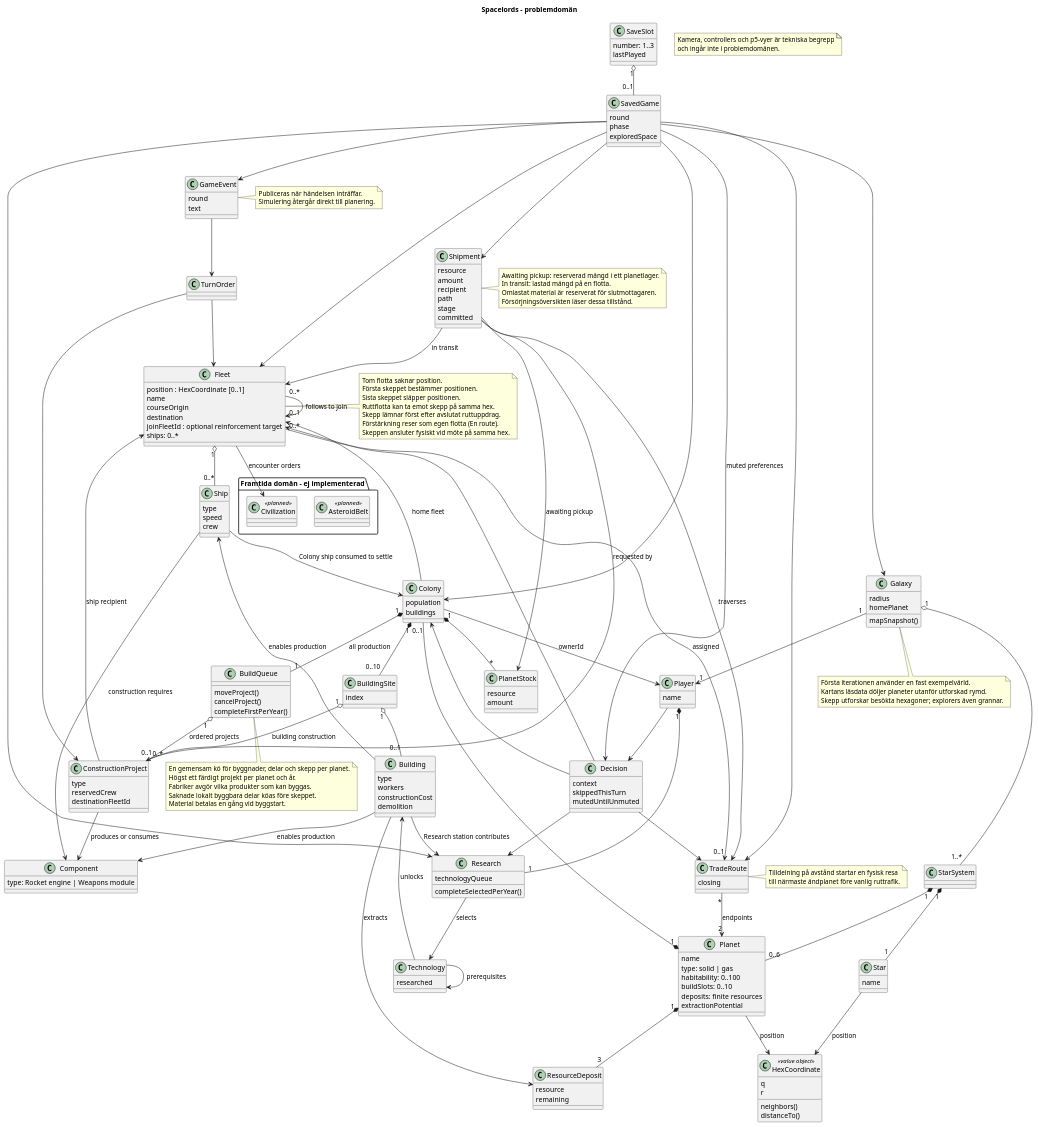
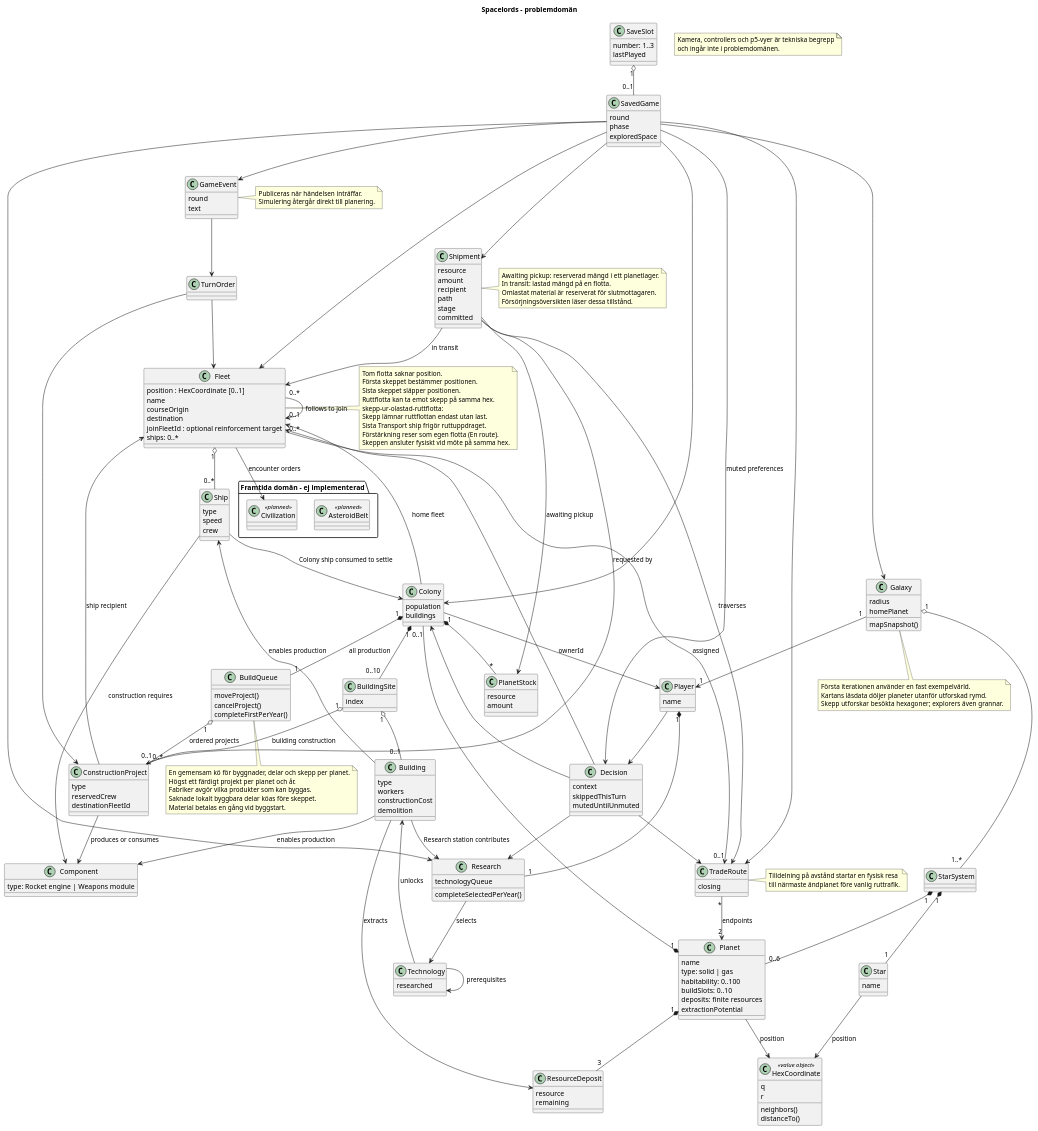
The diagram in docs/domain-model.puml (dntoll/spacelords), drawn with PlantUML before and after one commit. The commit also changed 16 other files, not shown here.

```diff
--- a/docs/domain-model.puml
+++ b/docs/domain-model.puml
@@ -128,7 +128,9 @@
   Första skeppet bestämmer positionen.
   Sista skeppet släpper positionen.
   Ruttflotta kan ta emot skepp på samma hex.
-  Skepp lämnar först efter avslutat ruttuppdrag.
+  skepp-ur-olastad-ruttflotta:
+  Skepp lämnar ruttflottan endast utan last.
+  Sista Transport ship frigör ruttuppdraget.
   Förstärkning reser som egen flotta (En route).
   Skeppen ansluter fysiskt vid möte på samma hex.
 end note
```
